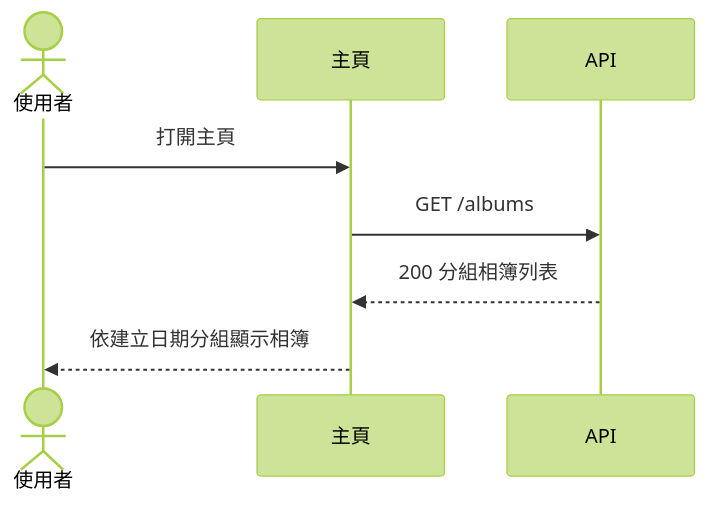
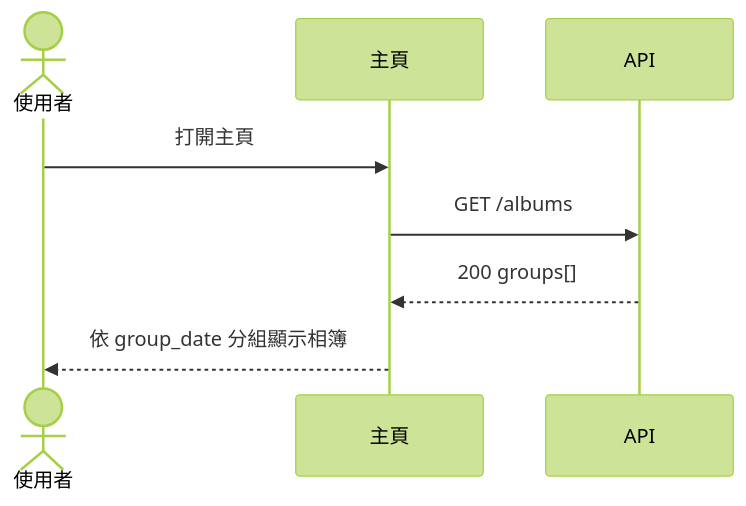
Before and after one commit to Waterball-Limited-Company/Jochu-lv1-training-course: the second of 7 diagrams in specs/001-photo-albums/system-analyze/ui-plan.md, drawn with Mermaid (forest theme). The commit also changed other lines of this file and 54 other files, not shown here.

````diff
--- a/specs/001-photo-albums/system-analyze/ui-plan.md
+++ b/specs/001-photo-albums/system-analyze/ui-plan.md
@@ -43,11 +43,11 @@
 ```mermaid
 sequenceDiagram
     actor U as 使用者
     participant Home as 主頁
     participant API as API
 
     U->>Home: 打開主頁
     Home->>API: GET /albums
-    API-->>Home: 200 分組相簿列表
-    Home-->>U: 依建立日期分組顯示相簿
+    API-->>Home: 200 groups[]
+    Home-->>U: 依 group_date 分組顯示相簿
 ```
````
